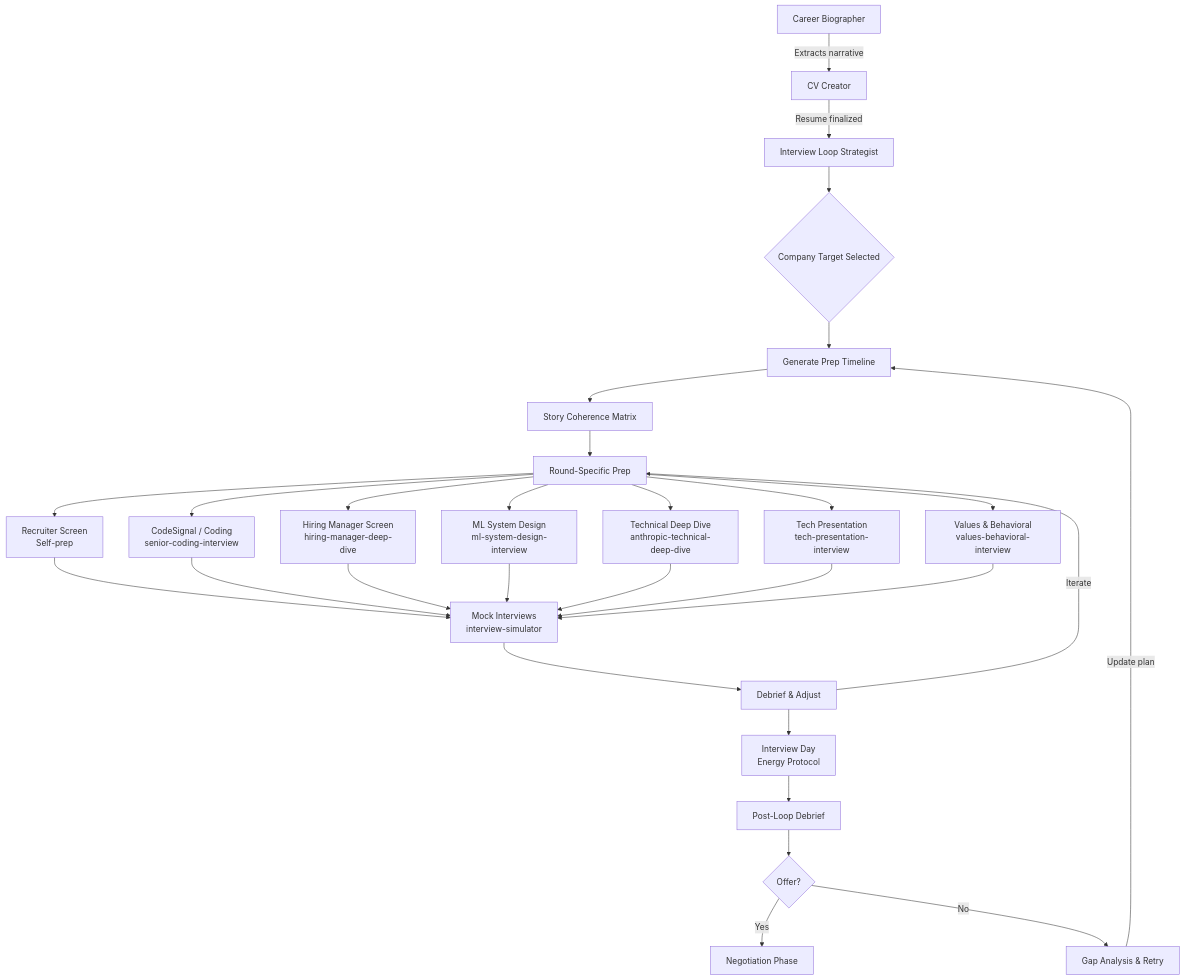
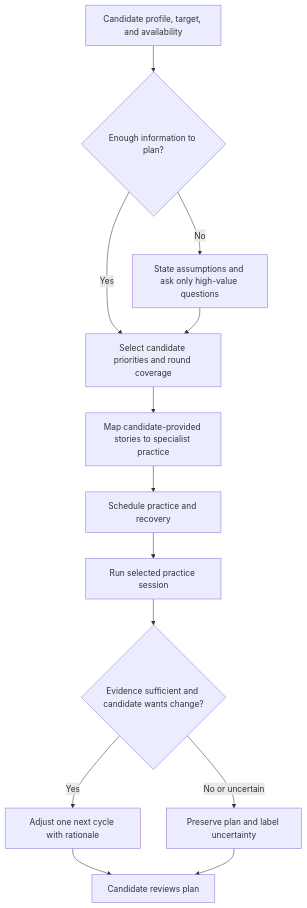
The diagram in skills/interview-loop-strategist/SKILL.md (curiositech/port-daddy), drawn with Mermaid before and after one commit. The commit also changed other lines of this file and 1 other file, not shown here.

Commit message:
fix(skills): make interview practice candidate-controlled

````diff
--- a/skills/interview-loop-strategist/SKILL.md
+++ b/skills/interview-loop-strategist/SKILL.md
@@ -68,34 +95,15 @@
 ```mermaid
 flowchart TD
-    A[Career Biographer] -->|Extracts narrative| B[CV Creator]
-    B -->|Resume finalized| C[Interview Loop Strategist]
-    C --> D{Company Target Selected}
-    D --> E[Generate Prep Timeline]
-    E --> F[Story Coherence Matrix]
-    F --> G[Round-Specific Prep]
-
-    G --> G1[Recruiter Screen<br/>Self-prep]
-    G --> G2[CodeSignal / Coding<br/>senior-coding-interview]
-    G --> G3[Hiring Manager Screen<br/>hiring-manager-deep-dive]
-    G --> G4[ML System Design<br/>ml-system-design-interview]
-    G --> G5[Technical Deep Dive<br/>anthropic-technical-deep-dive]
-    G --> G6[Tech Presentation<br/>tech-presentation-interview]
-    G --> G7[Values & Behavioral<br/>values-behavioral-interview]
-
-    G1 --> H[Mock Interviews<br/>interview-simulator]
-    G2 --> H
-    G3 --> H
-    G4 --> H
-    G5 --> H
-    G6 --> H
-    G7 --> H
-
-    H --> I[Debrief & Adjust]
-    I -->|Iterate| G
-    I --> J[Interview Day<br/>Energy Protocol]
-    J --> K[Post-Loop Debrief]
-    K --> L{Offer?}
-    L -->|Yes| M[Negotiation Phase]
-    L -->|No| N[Gap Analysis & Retry]
-    N -->|Update plan| E
+  A[Candidate profile, target, and availability] --> B{Enough information to plan?}
+  B -->|No| C[State assumptions and ask only high-value questions]
+  B -->|Yes| D[Select candidate priorities and round coverage]
+  C --> D
+  D --> E[Map candidate-provided stories to specialist practice]
+  E --> F[Schedule practice and recovery]
+  F --> G[Run selected practice session]
+  G --> H{Evidence sufficient and candidate wants change?}
+  H -->|Yes| I[Adjust one next cycle with rationale]
+  H -->|No or uncertain| J[Preserve plan and label uncertainty]
+  I --> K[Candidate reviews plan]
+  J --> K
 ```
````
